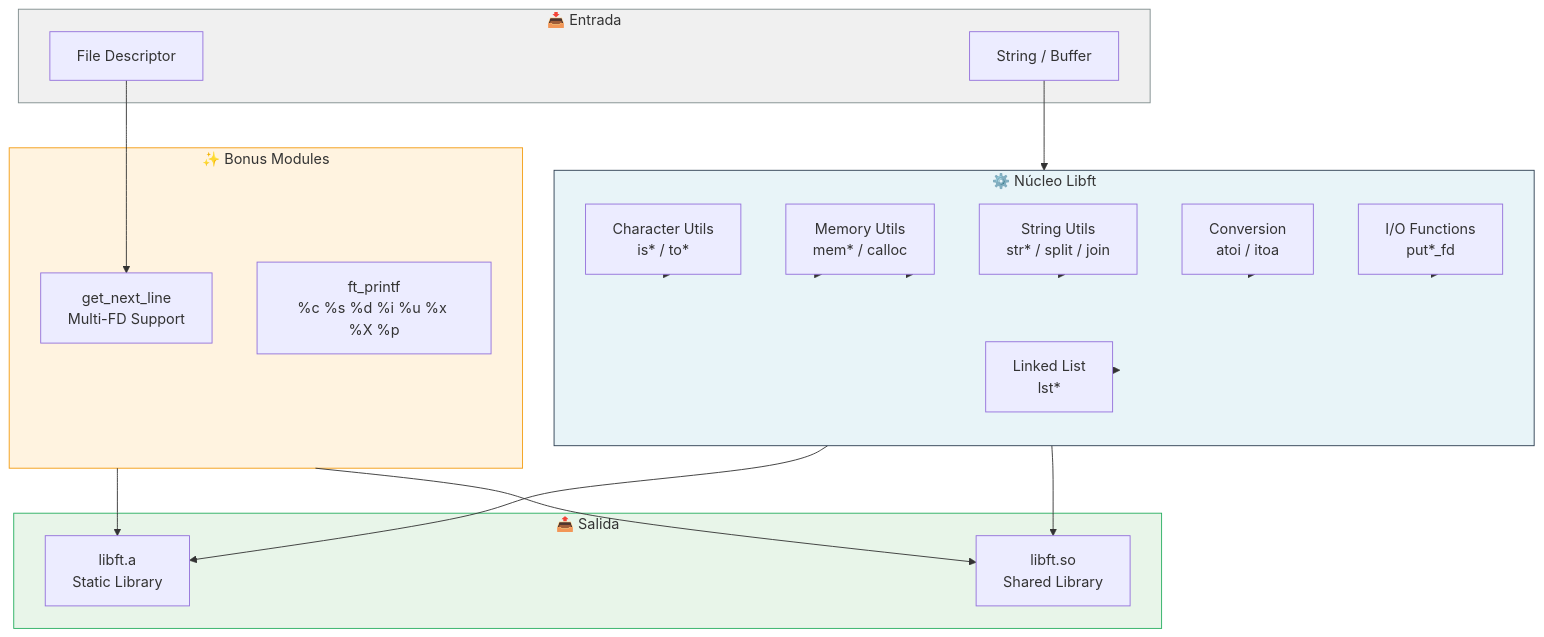
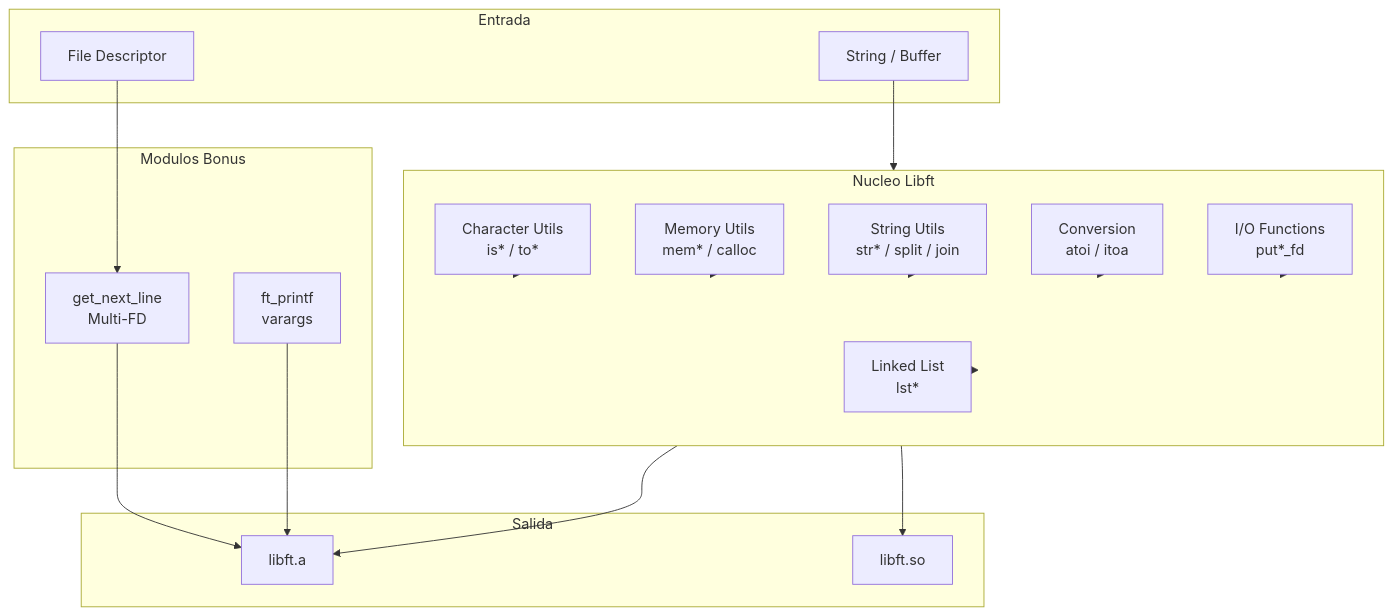
One commit to samuelhm/Libft42 changed the diagram in README.md. Above: the diagram before and after it, drawn with Mermaid. The commit also changed other lines of this file, not shown here.

````diff
--- a/README.md
+++ b/README.md
@@ -71,48 +66,40 @@
 ```mermaid
 flowchart TB
-    subgraph Input["📥 Entrada"]
+    subgraph Input["Entrada"]
         FD[File Descriptor]
         STR[String / Buffer]
     end
 
-    subgraph Core["⚙️ Núcleo Libft"]
+    subgraph Core["Nucleo Libft"]
         direction TB
         CHAR[Character Utils<br/>is* / to*]
         MEM[Memory Utils<br/>mem* / calloc]
         STRF[String Utils<br/>str* / split / join]
         CONV[Conversion<br/>atoi / itoa]
         IO[I/O Functions<br/>put*_fd]
         LIST[Linked List<br/>lst*]
     end
 
-    subgraph Bonus["✨ Bonus Modules"]
-        GNL[get_next_line<br/>Multi-FD Support]
-        PRINTF[ft_printf<br/>%c %s %d %i %u %x %X %p]
+    subgraph Bonus["Modulos Bonus"]
+        GNL[get_next_line<br/>Multi-FD]
+        PRINTF[ft_printf<br/>varargs]
     end
 
-    subgraph Output["📤 Salida"]
-        LIB[libft.a<br/>Static Library]
-        LIBSO[libft.so<br/>Shared Library]
+    subgraph Output["Salida"]
+        LIB[libft.a]
+        LIBSO[libft.so]
     end
 
     FD --> GNL
     STR --> STRF
-    MEM --> Core
-    
     CHAR --> Core
     MEM --> Core
     STRF --> Core
     CONV --> Core
     IO --> Core
     LIST --> Core
-
+    GNL --> LIB
+    PRINTF --> LIB
     Core --> LIB
     Core --> LIBSO
-    Bonus --> LIB
-    Bonus --> LIBSO
-
-    style Core fill:#e8f4f8,stroke:#2c3e50
-    style Bonus fill:#fff3e0,stroke:#f39c12
-    style Input fill:#f0f0f0,stroke:#7f8c8d
-    style Output fill:#e8f5e9,stroke:#27ae60
 ```
````
